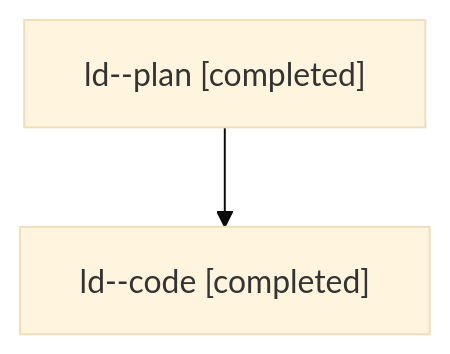
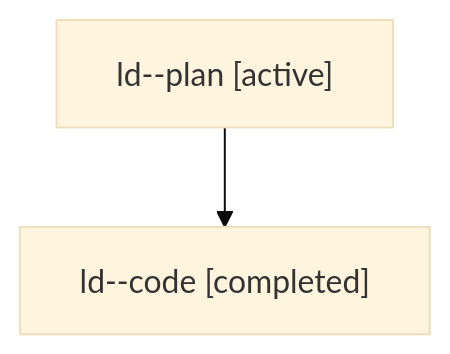
Before and after one commit to sase-org/sase--agents: the diagram in families/bbugyi200.athena.ld.md, drawn with Mermaid (base theme). The commit also changed other lines of this file and 8679 other files, not shown here.

````diff
--- a/families/bbugyi200.athena.ld.md
+++ b/families/bbugyi200.athena.ld.md
@@ -9,6 +9,6 @@
 ```mermaid
 flowchart TD
-  n0["ld--plan [completed]"]
+  n0["ld--plan [active]"]
   n1["ld--code [completed]"]
   n0 --> n1
 ```
````
